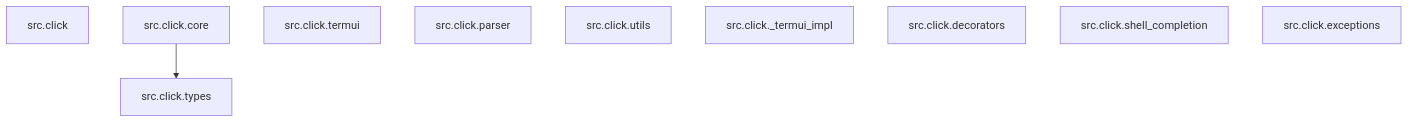
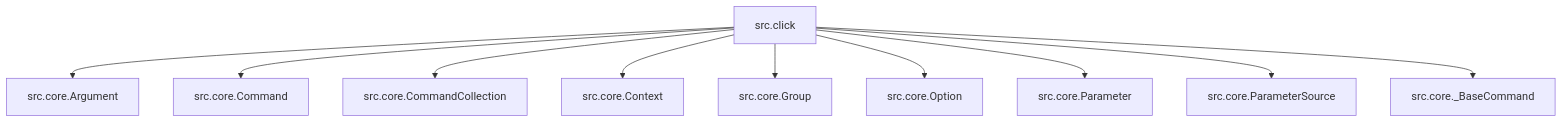
Before and after one commit to YAX-J/RepoSleuth: the diagram in reports/report_click.md, drawn with Mermaid. The commit also changed other lines of this file and 10 other files, not shown here.

Commit message:
feat(orchestrator): evidence-cited prompts, edge-weighted mermaid, chief degradation; golden baselines

````diff
--- a/reports/report_click.md
+++ b/reports/report_click.md
@@ -11,14 +11,22 @@
 ```mermaid
 graph TD
 m0["src.click"]
-m1["src.click.core"]
-m2["src.click.termui"]
-m3["src.click.parser"]
-m4["src.click.utils"]
-m5["src.click.types"]
-m6["src.click._termui_impl"]
-m7["src.click.decorators"]
-m8["src.click.shell_completion"]
-m9["src.click.exceptions"]
-m1 --> m5
+m1["src.core.Argument"]
+m2["src.core.Command"]
+m3["src.core.CommandCollection"]
+m4["src.core.Context"]
+m5["src.core.Group"]
+m6["src.core.Option"]
+m7["src.core.Parameter"]
+m8["src.core.ParameterSource"]
+m9["src.core._BaseCommand"]
+m0 --> m1
+m0 --> m2
+m0 --> m3
+m0 --> m4
+m0 --> m5
+m0 --> m6
+m0 --> m7
+m0 --> m8
+m0 --> m9
 ```
````
